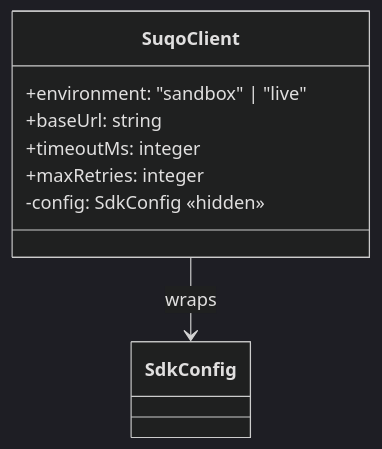
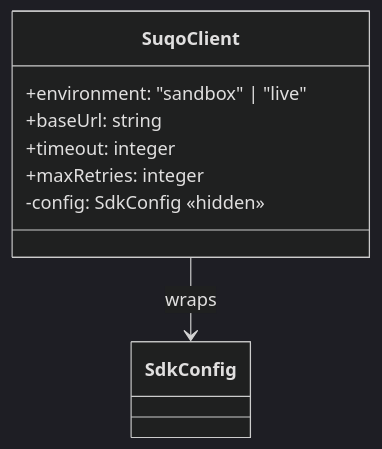
The third of 3 diagrams in docs/design/ticket-1-errors-config-client.md (suqo-ai/suqo-sdk-ts), drawn with Mermaid (dark theme) before and after one commit. The commit also changed other lines of this file and 18 other files, not shown here.

````diff
--- a/docs/design/ticket-1-errors-config-client.md
+++ b/docs/design/ticket-1-errors-config-client.md
@@ -238,11 +238,11 @@
 ```mermaid
 classDiagram
   class SuqoClient {
     +environment: "sandbox" | "live"
     +baseUrl: string
-    +timeoutMs: integer
+    +timeout: integer
     +maxRetries: integer
     -config: SdkConfig  «hidden»
   }
   SuqoClient --> SdkConfig : wraps
 ```
````
